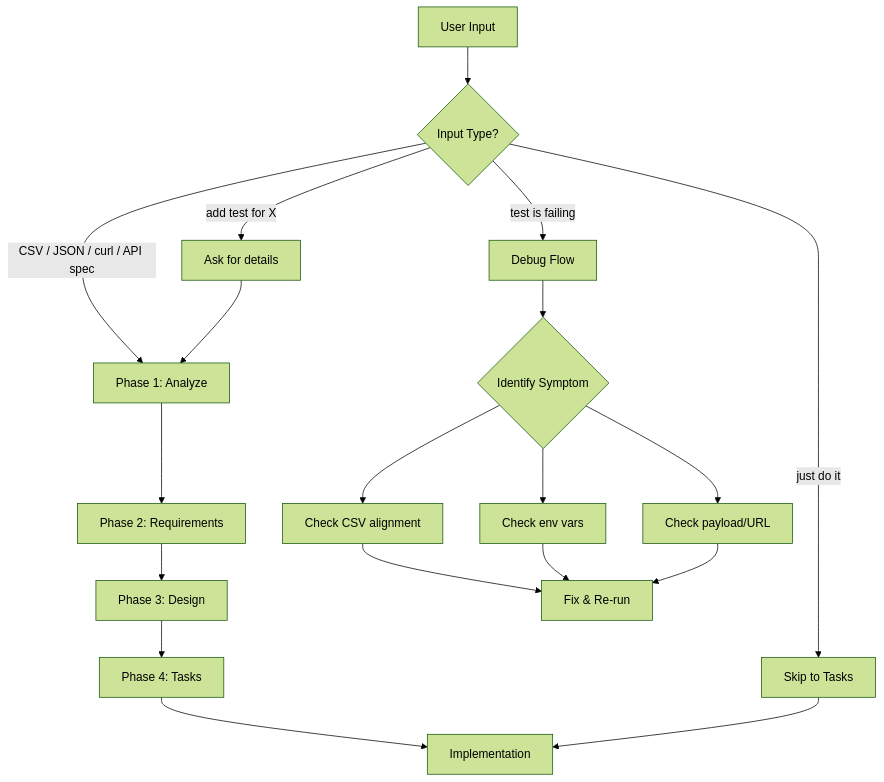
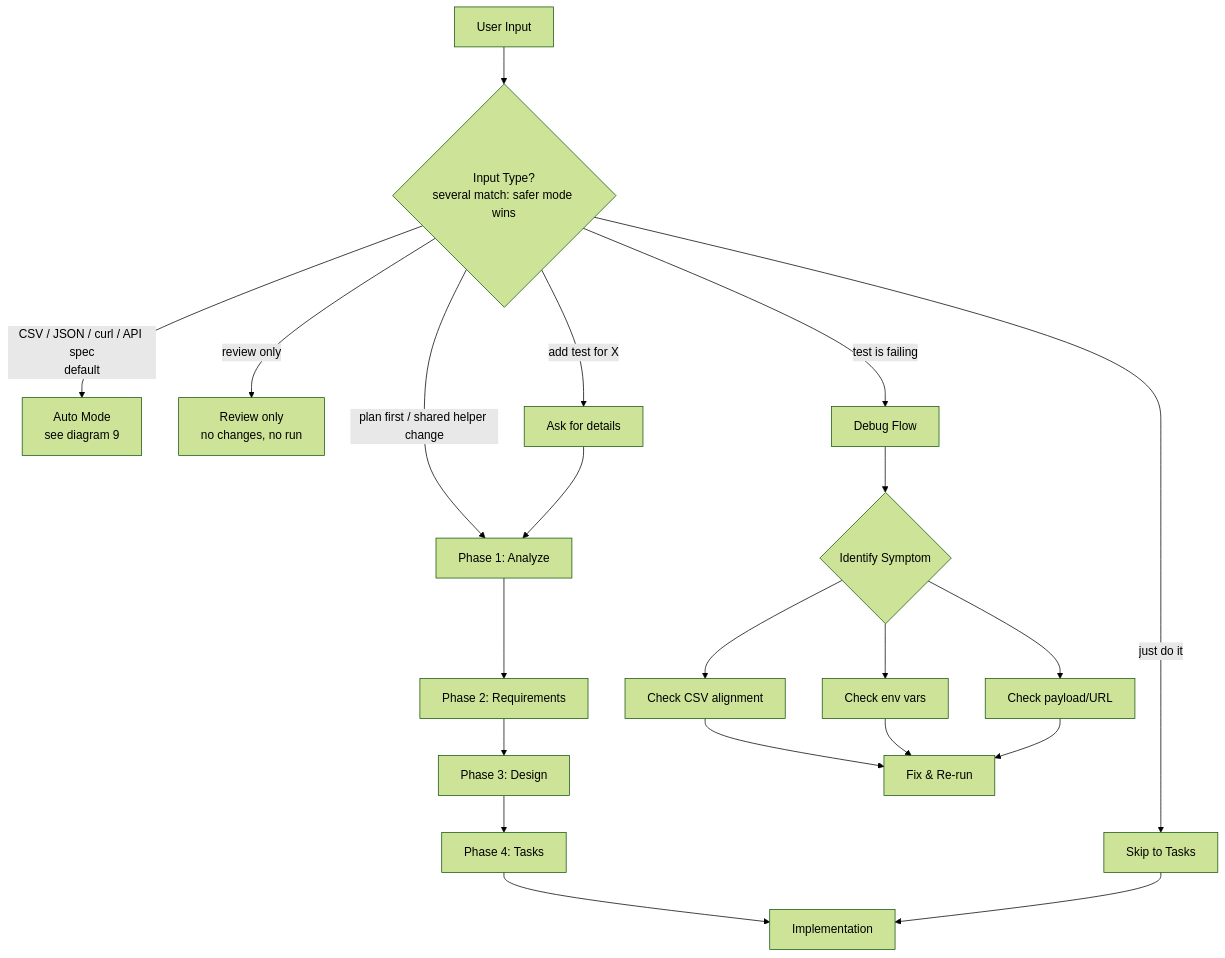
The first of 9 diagrams in DIAGRAMS.md (jamesapc/qa-automate-skills), drawn with Mermaid (forest theme) before and after one commit. The commit also changed other lines of this file and 2 other files, not shown here.

First line of the commit message:
Update qa-automation skill to v1.1.0: Auto Mode with mode selection

````diff
--- a/DIAGRAMS.md
+++ b/DIAGRAMS.md
@@ -13,24 +13,26 @@
 ```mermaid
 flowchart TD
-    A[User Input] --> B{Input Type?}
-    B -->|CSV / JSON / curl / API spec| C[Phase 1: Analyze]
+    A[User Input] --> B{Input Type?<br/>several match: safer mode wins}
+    B -->|CSV / JSON / curl / API spec<br/>default| AUTO[Auto Mode<br/>see diagram 9]
+    B -->|"review" only| REVIEW[Review only<br/>no changes, no run]
+    B -->|"plan first" / shared helper change| C[Phase 1: Analyze]
     B -->|"add test for X"| D[Ask for details]
     B -->|"test is failing"| E[Debug Flow]
     B -->|"just do it"| F[Skip to Tasks]
 
     D --> C
     C --> G[Phase 2: Requirements]
     G --> H[Phase 3: Design]
     H --> I[Phase 4: Tasks]
     I --> J[Implementation]
 
     F --> J
 
     E --> K{Identify Symptom}
     K --> L[Check CSV alignment]
     K --> M[Check env vars]
     K --> N[Check payload/URL]
     L --> O[Fix & Re-run]
     M --> O
     N --> O
 ```
````
